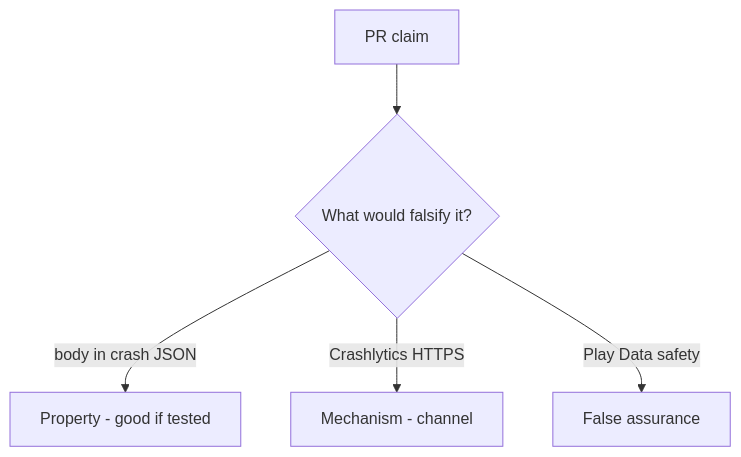
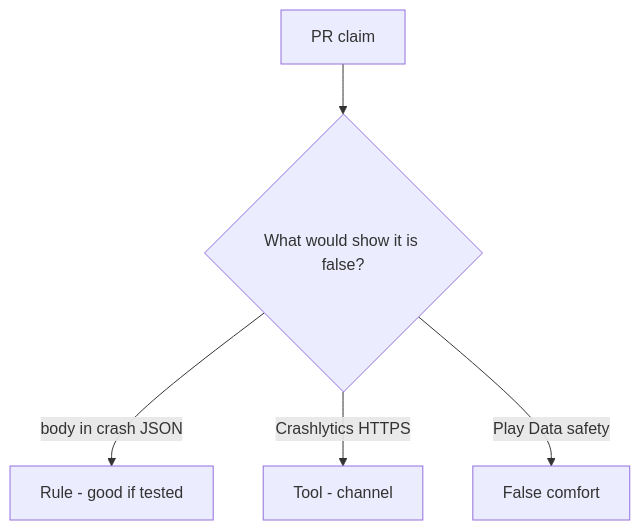
The diagram in content/modules/8/8.5/lessons/08-review.md (ishitvagoel/LearnSecurity), drawn with Mermaid before and after one commit. The commit also changed other lines of this file and 39 other files, not shown here.

````diff
--- a/content/modules/8/8.5/lessons/08-review.md
+++ b/content/modules/8/8.5/lessons/08-review.md
@@ -17,7 +18,7 @@
 ```mermaid
 flowchart TD
-  Claim[PR claim] --> Q{"What would falsify it?"}
-  Q -->|body in crash JSON| Property["Property - good if tested"]
-  Q -->|Crashlytics HTTPS| Mechanism[Mechanism - channel]
-  Q -->|Play Data safety| False[False assurance]
+  Claim[PR claim] --> Q{"What would show it is false?"}
+  Q -->|body in crash JSON| Property["Rule - good if tested"]
+  Q -->|Crashlytics HTTPS| Mechanism[Tool - channel]
+  Q -->|Play Data safety| False[False comfort]
 ```
````
